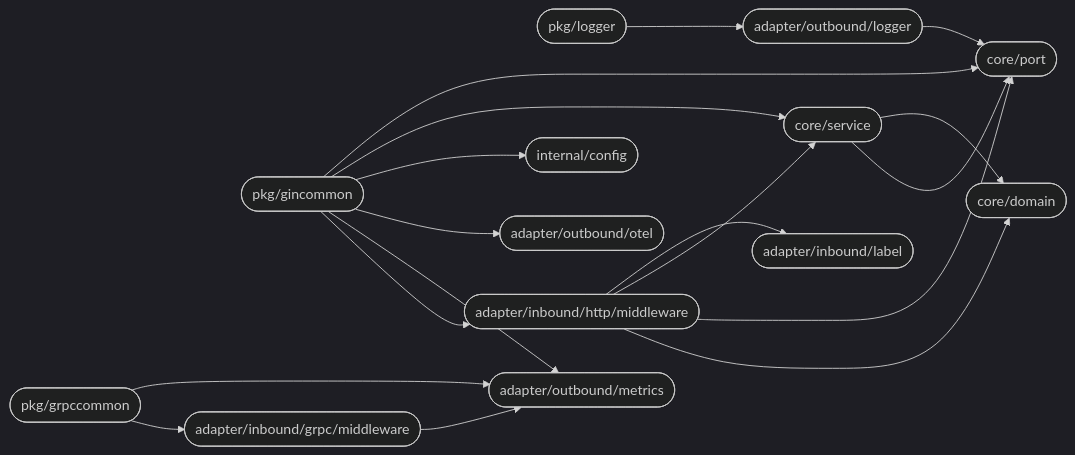
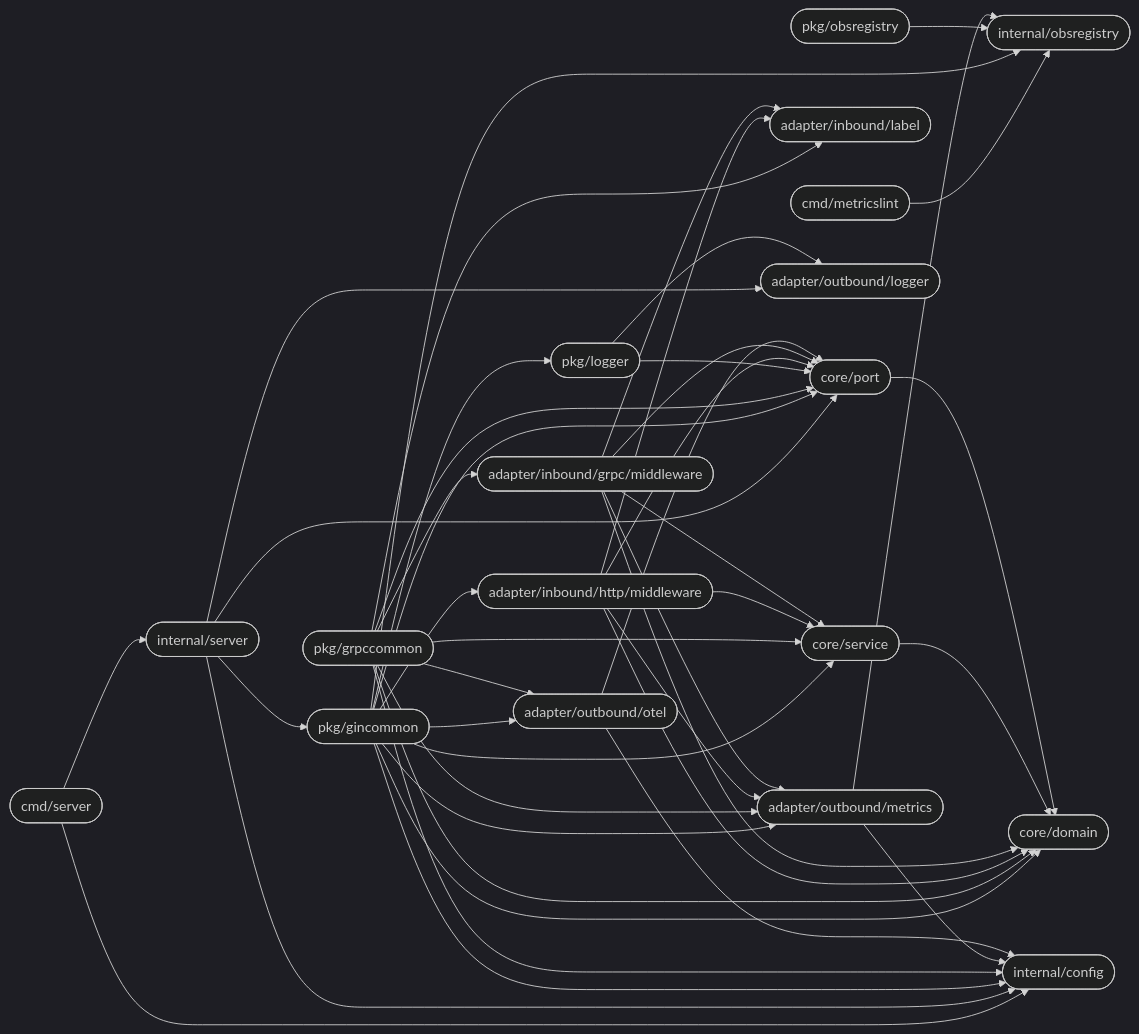
Before and after one commit to BCBP-SOLUTIONS-FZC-LLC/platform-gincommon: the diagram in docs/architecture/mermaid/package-dependencies.mmd, drawn with Mermaid (dark theme). The commit also changed 198 other files, not shown here.

```diff
--- a/docs/architecture/mermaid/package-dependencies.mmd
+++ b/docs/architecture/mermaid/package-dependencies.mmd
@@ -1,32 +1,74 @@
 graph LR
+    server(["cmd/server"])
+    metricslint(["cmd/metricslint"])
+    demo(["internal/server"])
+
     gincommon(["pkg/gincommon"])
     grpccommon(["pkg/grpccommon"])
-    logger_pub(["pkg/logger"])
+    obsregistry_pkg(["pkg/obsregistry"])
+    logger_pkg(["pkg/logger"])
+
     http_mw(["adapter/inbound/http/middleware"])
     grpc_mw(["adapter/inbound/grpc/middleware"])
     label(["adapter/inbound/label"])
-    logger_adp(["adapter/outbound/logger"])
+
     metrics(["adapter/outbound/metrics"])
     otel(["adapter/outbound/otel"])
+    logger_adp(["adapter/outbound/logger"])
+
+    obsregistry(["internal/obsregistry"])
     config(["internal/config"])
+
     service(["core/service"])
     port(["core/port"])
     domain(["core/domain"])
 
-    gincommon    --> http_mw
-    gincommon    --> metrics
-    gincommon    --> otel
-    gincommon    --> config
-    gincommon    --> service
-    gincommon    --> port
-    grpccommon   --> grpc_mw
-    grpccommon   --> metrics
-    logger_pub   --> logger_adp
-    http_mw      --> domain
-    http_mw      --> port
-    http_mw      --> service
-    http_mw      --> label
-    grpc_mw      --> metrics
-    service      --> port
-    service      --> domain
-    logger_adp   --> port
+    server      --> demo
+    server      --> config
+    metricslint --> obsregistry
+    demo        --> gincommon
+    demo        --> logger_adp
+    demo        --> config
+    demo        --> port
+
+    gincommon   --> http_mw
+    gincommon   --> metrics
+    gincommon   --> otel
+    gincommon   --> obsregistry
+    gincommon   --> logger_pkg
+    gincommon   --> config
+    gincommon   --> service
+    gincommon   --> port
+    gincommon   --> domain
+
+    grpccommon  --> grpc_mw
+    grpccommon  --> label
+    grpccommon  --> metrics
+    grpccommon  --> otel
+    grpccommon  --> config
+    grpccommon  --> service
+    grpccommon  --> port
+    grpccommon  --> domain
+
+    obsregistry_pkg --> obsregistry
+    logger_pkg  --> logger_adp
+    logger_pkg  --> port
+
+    http_mw     --> label
+    http_mw     --> metrics
+    http_mw     --> service
+    http_mw     --> port
+    http_mw     --> domain
+    grpc_mw     --> label
+    grpc_mw     --> metrics
+    grpc_mw     --> service
+    grpc_mw     --> port
+    grpc_mw     --> domain
+
+    metrics     --> obsregistry
+    metrics     --> config
+    otel        --> config
+    otel        --> port
+
+    service     --> domain
+    port        --> domain
```
